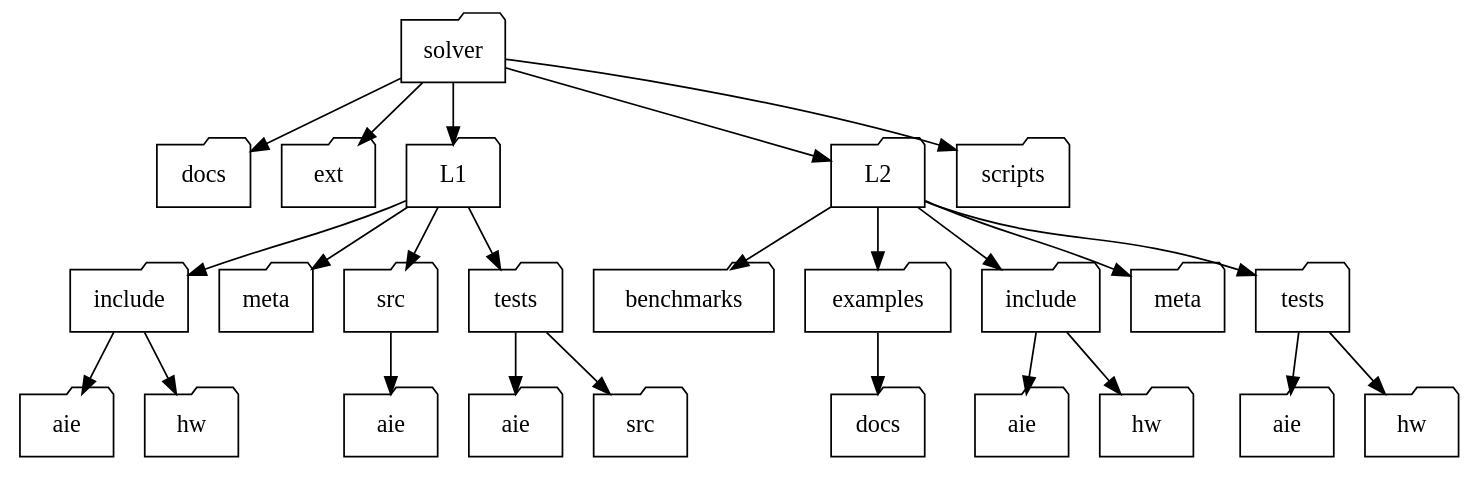
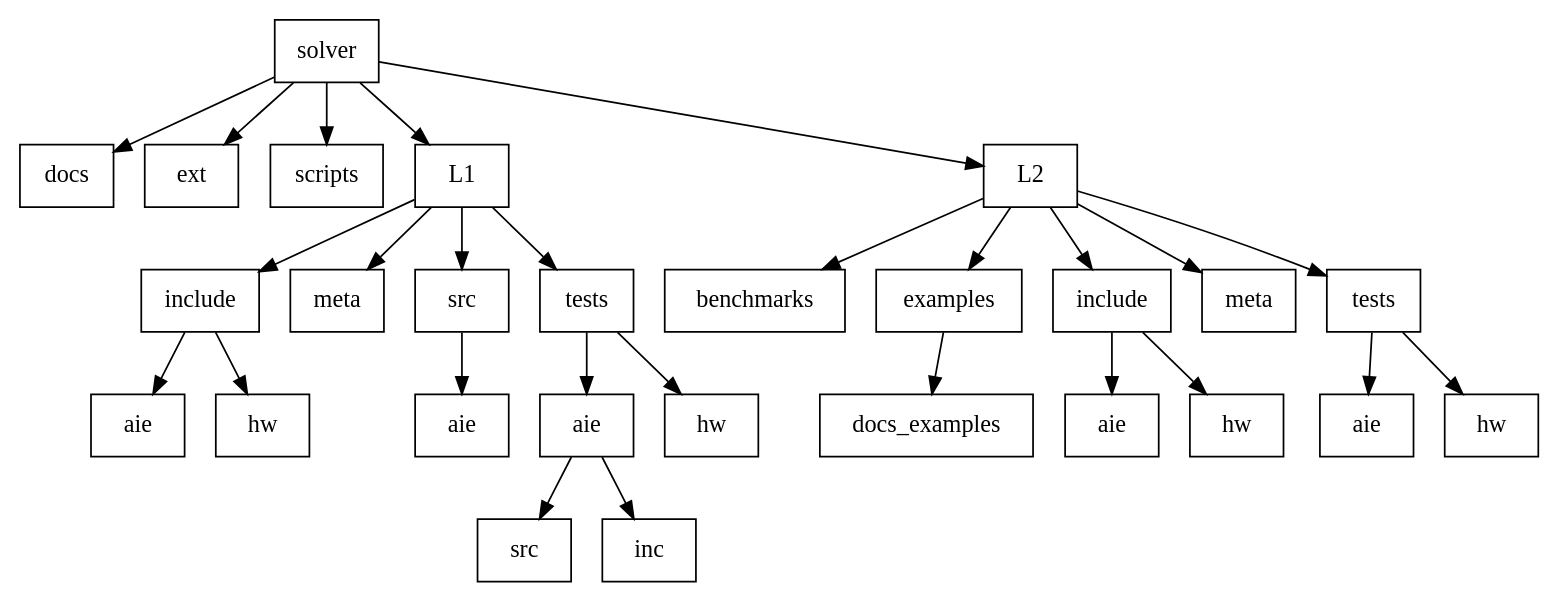
Before and after one commit to Xilinx/Vitis_Libraries: the diagram in solver/docs/src/user_guide/L2/introduction.rst, drawn with Graphviz. The commit also changed other lines of this file and 101 other files, not shown here.

```diff
--- a/solver/docs/src/user_guide/L2/introduction.rst
+++ b/solver/docs/src/user_guide/L2/introduction.rst
@@ -66,58 +68,70 @@
 .. graphviz::
+   :caption: SolverLib Directory Organization
 
    digraph solver {
-       node [shape=folder];
-       solver -> docs;
-       solver -> ext;
-       solver -> L1;
-       solver -> L2;
-       solver -> scripts;
+      solver [shape=box, label="solver"];
+      docs [shape=box];
+      ext [shape=box];
+      scripts [shape=box];
 
-       L1 -> L1_include;
-       L1 -> L1_meta;
-       L1 -> L1_src;
-       L1 -> L1_tests;
+      L1 [shape=box, label="L1"];
+      L1_include [shape=box, label="include"];
+      L1_include_aie [shape=box, label="aie"];
+      L1_include_hw [shape=box, label="hw"];
+      L1_meta [shape=box, label="meta"];
+      L1_src [shape=box, label="src"];
+      L1_src_aie [shape=box, label="aie"];
+      L1_tests [shape=box, label="tests"];
+      L1_tests_aie [shape=box, label="aie"];
+      L1_tests_aie_src [shape=box, label="src"];
+      L1_tests_aie_inc [shape=box, label="inc"];
+      L1_tests_hw [shape=box, label="hw"];
 
-       L1_include -> L1_include_aie;
-       L1_include -> L1_include_hw;
+      L2 [shape=box, label="L2"];
+      L2_benchmarks [shape=box, label="benchmarks"];
+      L2_examples [shape=box, label="examples"];
+      L2_examples_docs [shape=box, label="docs_examples"];
+      L2_include [shape=box, label="include"];
+      L2_include_aie [shape=box, label="aie"];
+      L2_include_hw [shape=box, label="hw"];
+      L2_meta [shape=box, label="meta"];
+      L2_tests [shape=box, label="tests"];
+      L2_tests_aie [shape=box, label="aie"];
+      L2_tests_hw [shape=box, label="hw"];
 
-       L1_src -> L1_src_aie;
+      solver -> docs;
+      solver -> ext;
+      solver -> L1;
+      solver -> L2;
+      solver -> scripts;
 
-       L1_tests -> L1_tests_aie;
-       L1_tests -> L1_tests_src;
+      L1 -> L1_include;
+      L1 -> L1_meta;
+      L1 -> L1_src;
+      L1 -> L1_tests;
 
-       L2 -> L2_benchmarks;
-       L2 -> L2_examples;
-       L2 -> L2_include;
-       L2 -> L2_meta;
-       L2 -> L2_tests;
+      L1_include -> L1_include_aie;
+      L1_include -> L1_include_hw;
 
-       L2_examples -> L2_examples_docs;
+      L1_src -> L1_src_aie;
 
-       L2_include -> L2_include_aie;
-       L2_include -> L2_include_hw;
+      L1_tests -> L1_tests_aie;
+      L1_tests -> L1_tests_hw;
 
-       L2_tests -> L2_tests_aie;
-       L2_tests -> L2_tests_hw;
+      L1_tests_aie -> L1_tests_aie_src;
+      L1_tests_aie -> L1_tests_aie_inc;
 
-       L1_include [label="include"];
-       L1_include_aie [label="aie"];
-       L1_include_hw [label="hw"];
-       L1_meta [label="meta"];
-       L1_src [label="src"];
-       L1_src_aie [label="aie"];
-       L1_tests [label="tests"];
-       L1_tests_aie [label="aie"];
-       L1_tests_src [label="src"];
+      L2 -> L2_benchmarks;
+      L2 -> L2_examples;
+      L2 -> L2_include;
+      L2 -> L2_meta;
+      L2 -> L2_tests;
 
-       L2_include [label="include"];
-       L2_include_aie [label="aie"];
-       L2_include_hw [label="hw"];
-       L2_benchmarks [label="benchmarks"];
-       L2_examples [label="examples"];
-       L2_examples_docs [label="docs"];
-       L2_meta [label="meta"];
-       L2_tests [label="tests"];
-       L2_tests_aie [label="aie"];
-       L2_tests_hw [label="hw"];
+      L2_examples -> L2_examples_docs;
+
+      L2_include -> L2_include_aie;
+      L2_include -> L2_include_hw;
+
+      L2_tests -> L2_tests_aie;
+      L2_tests -> L2_tests_hw;
    }
```
